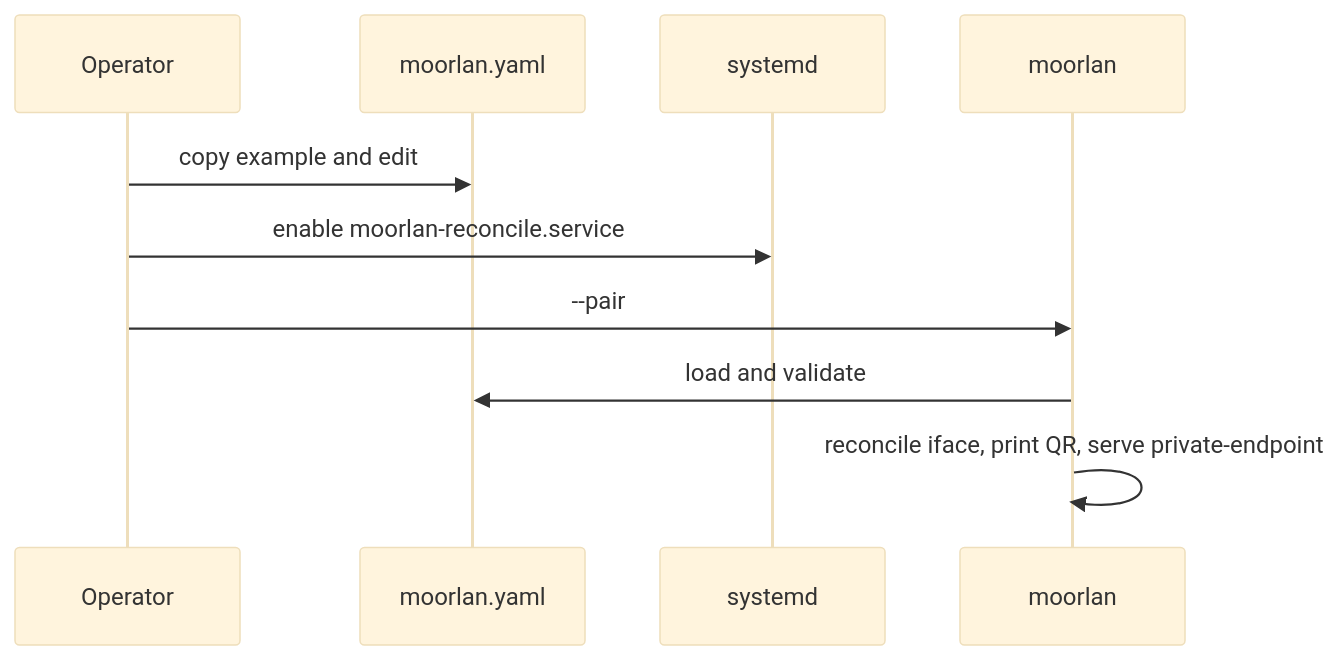
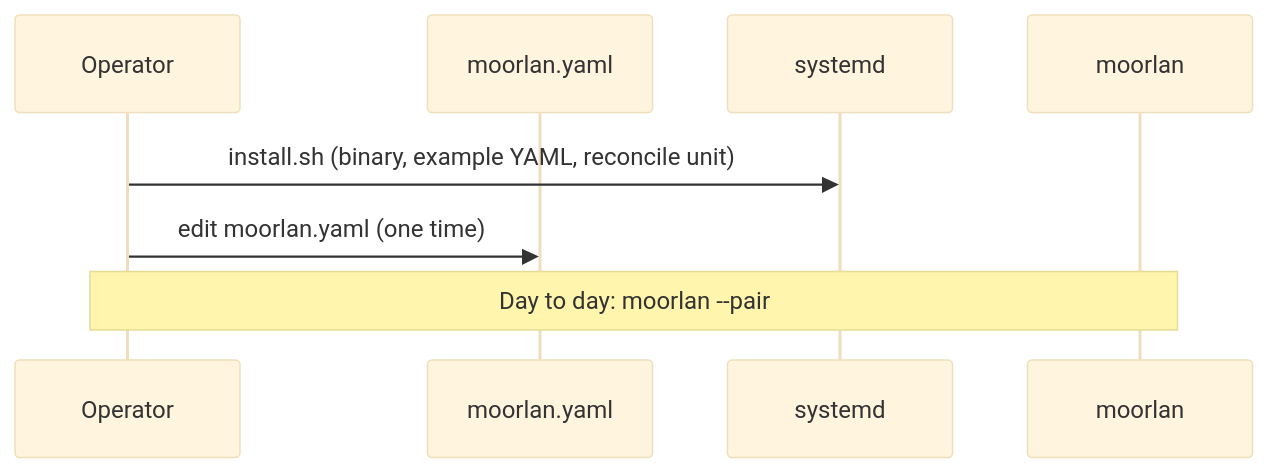
Before and after one commit to sumitgahoi/moorlan: the second of 2 diagrams in server/ARCHITECTURE.md, drawn with Mermaid (base theme). The commit also changed 5 other files, not shown here.

First line of the commit message:
Simplify server setup to install.sh plus one-time YAML.

````diff
--- a/server/ARCHITECTURE.md
+++ b/server/ARCHITECTURE.md
@@ -71,13 +71,11 @@
 ```mermaid
 sequenceDiagram
   participant Op as Operator
   participant Conf as moorlan.yaml
   participant Sys as systemd
   participant CLI as moorlan
 
-  Op->>Conf: copy example and edit
-  Op->>Sys: enable moorlan-reconcile.service
-  Op->>CLI: --pair
-  CLI->>Conf: load and validate
-  CLI->>CLI: reconcile iface, print QR, serve private-endpoint
+  Op->>Sys: install.sh (binary, example YAML, reconcile unit)
+  Op->>Conf: edit moorlan.yaml (one time)
+  Note over Op,CLI: Day to day: moorlan --pair
 ```
````
